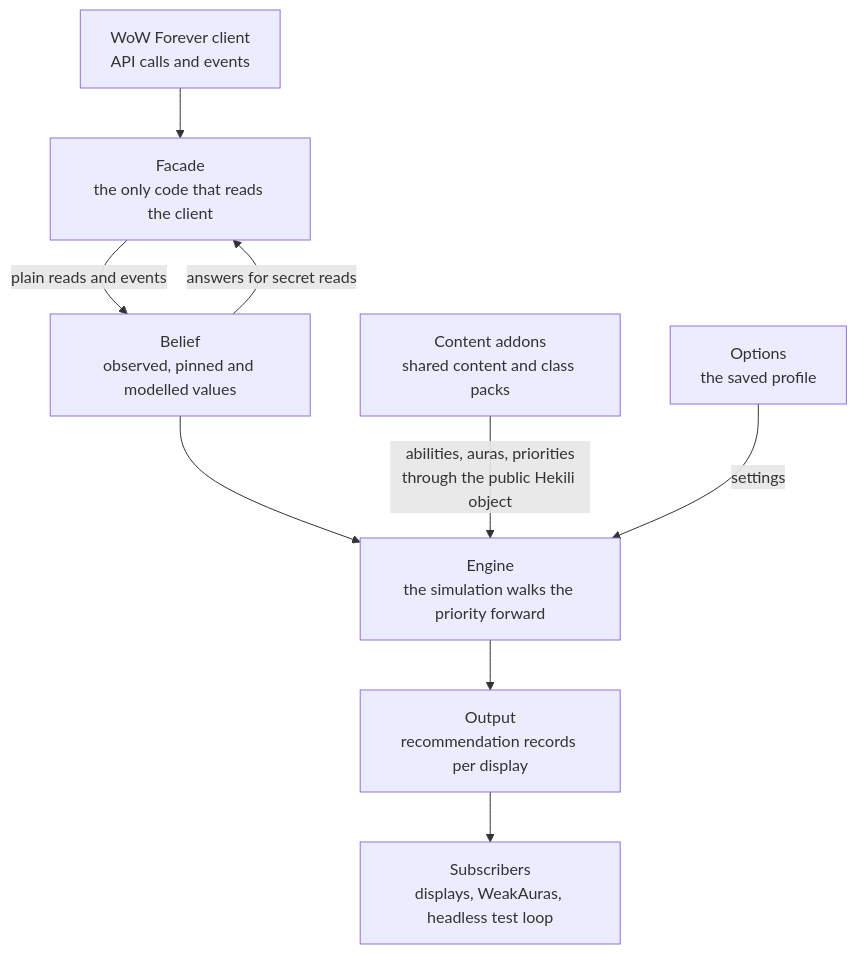
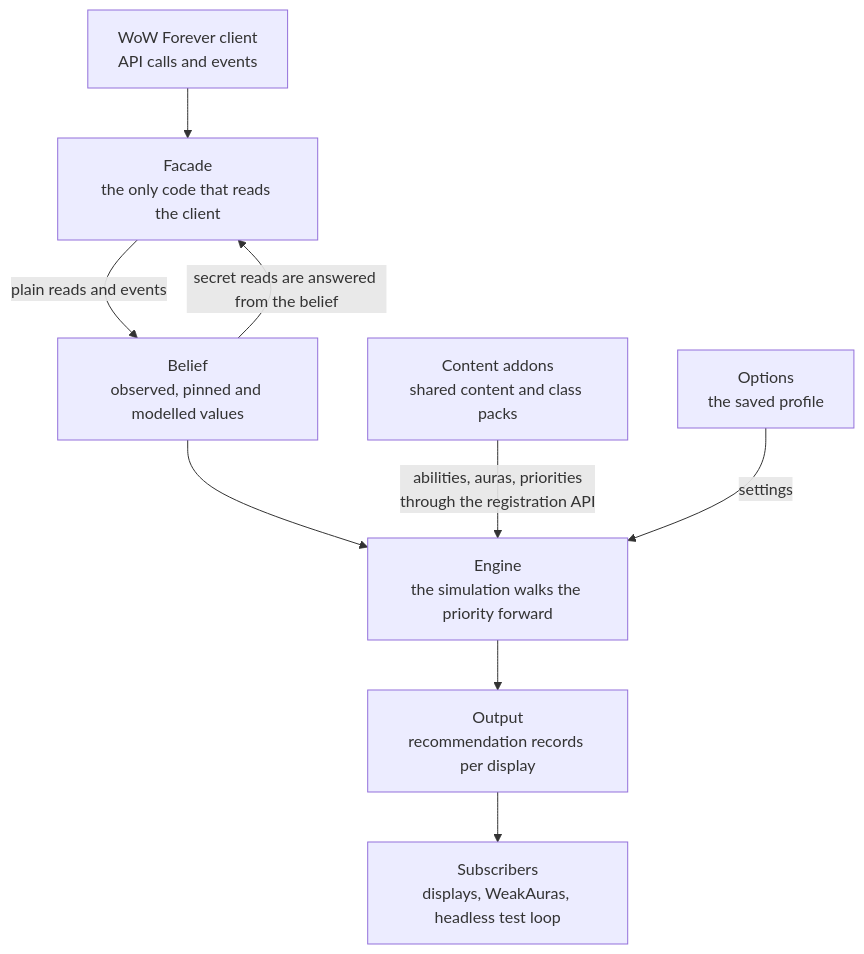
The diagram in DEVELOPMENT.md (zmsl/hekili), drawn with Mermaid before and after one commit. The commit also changed other lines of this file, not shown here.

````diff
--- a/DEVELOPMENT.md
+++ b/DEVELOPMENT.md
@@ -48,19 +49,19 @@
 ```mermaid
 flowchart TD
     client["WoW Forever client<br/>API calls and events"]
     facade["Facade<br/>the only code that reads the client"]
     belief["Belief<br/>observed, pinned and modelled values"]
     sim["Engine<br/>the simulation walks the priority forward"]
     output["Output<br/>recommendation records per display"]
     subs["Subscribers<br/>displays, WeakAuras, headless test loop"]
     content["Content addons<br/>shared content and class packs"]
     options["Options<br/>the saved profile"]
 
     client --> facade
     facade -- "plain reads and events" --> belief
-    belief -- "answers for secret reads" --> facade
+    belief -- "secret reads are answered from the belief" --> facade
     belief --> sim
-    content -- "abilities, auras, priorities<br/>through the public Hekili object" --> sim
+    content -- "abilities, auras, priorities<br/>through the registration API" --> sim
     options -- "settings" --> sim
     sim --> output --> subs
 ```
````
